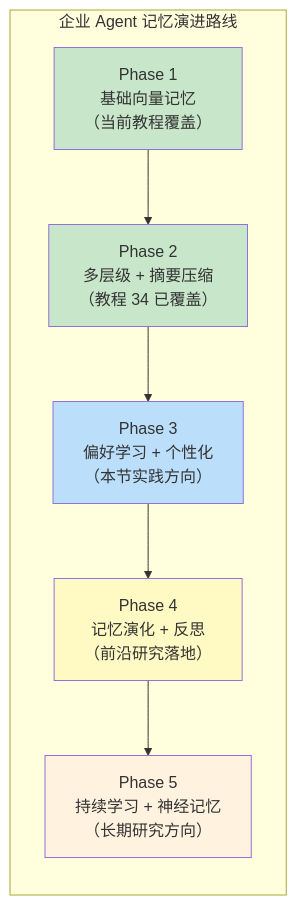
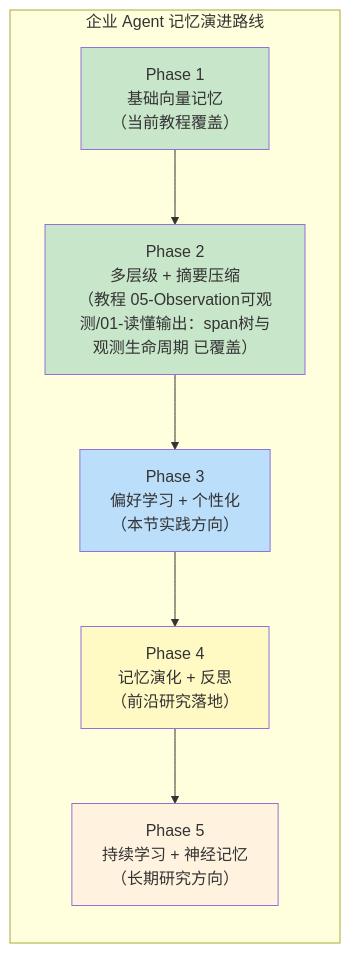
One commit to UranusGit/java-agent-learn changed diagram 19 of 20 in docs/前沿/05-Agent记忆前沿.md. Above: the diagram before and after it, drawn with Mermaid. The commit also changed other lines of this file and 634 other files, not shown here.

````diff
--- a/docs/前沿/05-Agent记忆前沿.md
+++ b/docs/前沿/05-Agent记忆前沿.md
@@ -763,18 +763,18 @@
 ```mermaid
 graph LR
     subgraph 路线["企业 Agent 记忆演进路线"]
         S1["Phase 1<br/>基础向量记忆<br/>（当前教程覆盖）"]
-        S2["Phase 2<br/>多层级 + 摘要压缩<br/>（教程 34 已覆盖）"]
+        S2["Phase 2<br/>多层级 + 摘要压缩<br/>（教程 05-Observation可观测/01-读懂输出：span树与观测生命周期 已覆盖）"]
         S3["Phase 3<br/>偏好学习 + 个性化<br/>（本节实践方向）"]
         S4["Phase 4<br/>记忆演化 + 反思<br/>（前沿研究落地）"]
         S5["Phase 5<br/>持续学习 + 神经记忆<br/>（长期研究方向）"]
     end
 
     S1 --> S2 --> S3 --> S4 --> S5
 
     style S1 fill:#c8e6c9
     style S2 fill:#c8e6c9
     style S3 fill:#bbdefb
     style S4 fill:#fff9c4
     style S5 fill:#fff3e0
 ```
````
